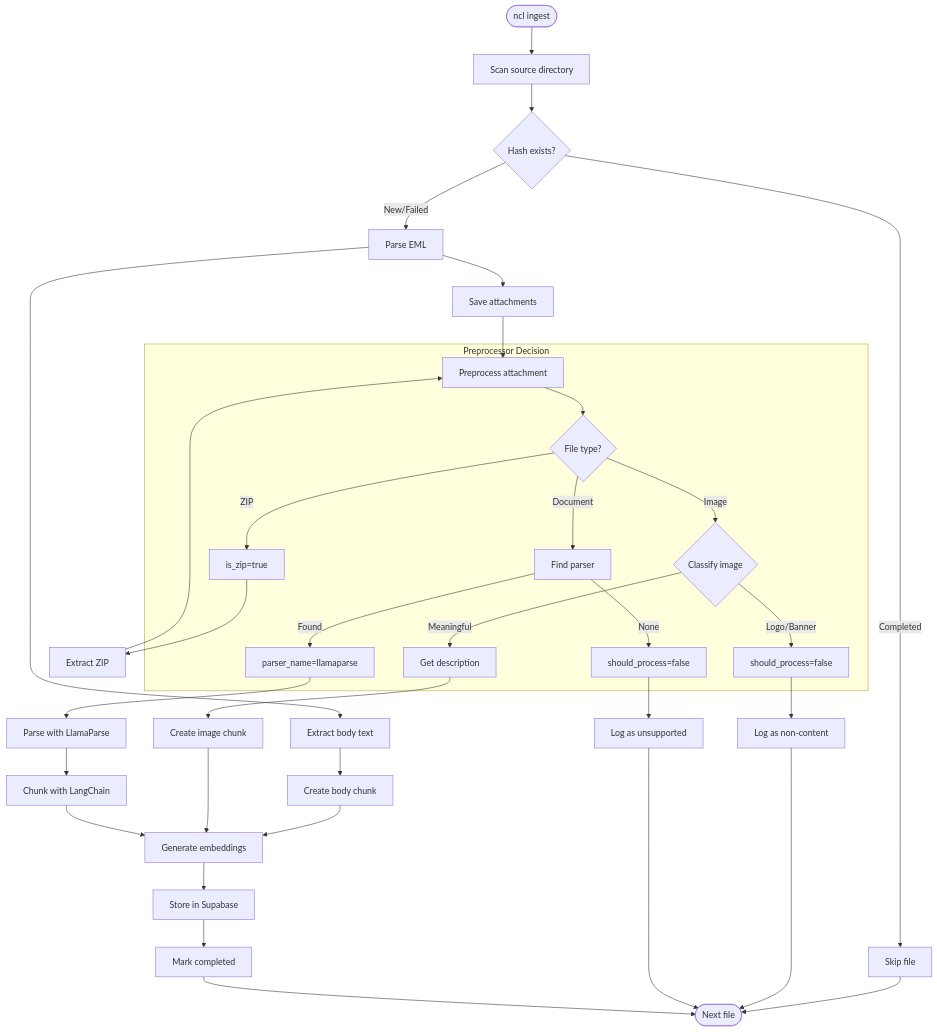
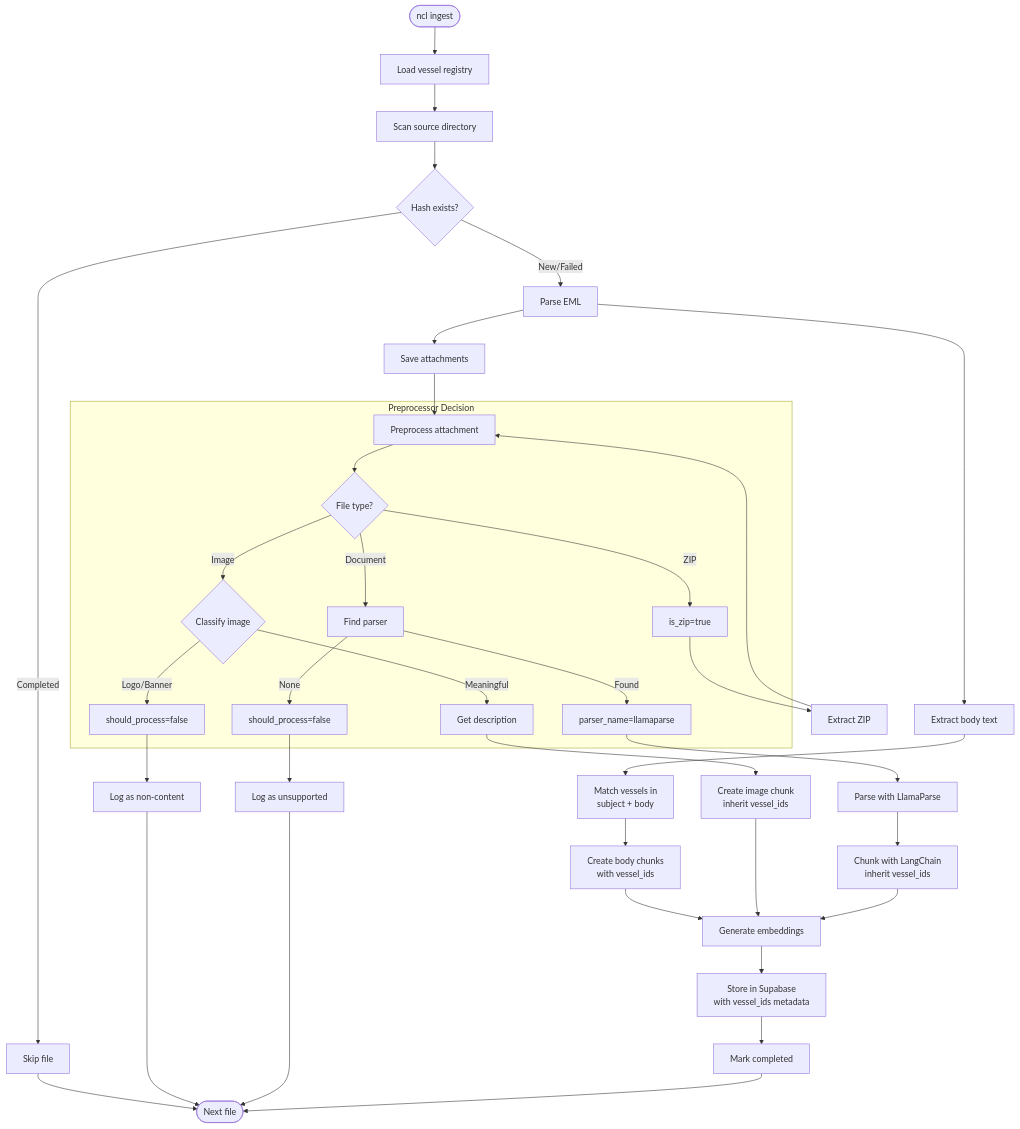
The second of 8 diagrams in docs/processing-flow.md (jwillmer/NCL), drawn with Mermaid before and after one commit. The commit also changed other lines of this file and 18 other files, not shown here.

````diff
--- a/docs/processing-flow.md
+++ b/docs/processing-flow.md
@@ -73,50 +73,52 @@
 ```mermaid
 flowchart TD
-    START([ncl ingest]) --> SCAN[Scan source directory]
+    START([ncl ingest]) --> LOAD_VESSELS[Load vessel registry]
+    LOAD_VESSELS --> SCAN[Scan source directory]
     SCAN --> HASH{Hash exists?}
 
     HASH --> |Completed| SKIP[Skip file]
     HASH --> |New/Failed| PARSE[Parse EML]
 
     PARSE --> BODY[Extract body text]
     PARSE --> ATTACH[Save attachments]
 
-    BODY --> CHUNK_BODY[Create body chunk]
+    BODY --> VESSEL_MATCH[Match vessels in<br/>subject + body]
+    VESSEL_MATCH --> CHUNK_BODY[Create body chunks<br/>with vessel_ids]
 
     ATTACH --> PREPROCESS[Preprocess attachment]
 
     subgraph Preprocessor["Preprocessor Decision"]
         PREPROCESS --> TYPE{File type?}
         TYPE --> |ZIP| IS_ZIP[is_zip=true]
         TYPE --> |Image| CLASSIFY{Classify image}
         TYPE --> |Document| FIND_PARSER[Find parser]
 
         CLASSIFY --> |Logo/Banner| SKIP_IMG[should_process=false]
         CLASSIFY --> |Meaningful| DESCRIBE[Get description]
 
         FIND_PARSER --> |Found| HAS_PARSER[parser_name=llamaparse]
         FIND_PARSER --> |None| NO_PARSER[should_process=false]
     end
 
     IS_ZIP --> EXTRACT[Extract ZIP]
     EXTRACT --> PREPROCESS
 
-    DESCRIBE --> CREATE_IMG_CHUNK[Create image chunk]
+    DESCRIBE --> CREATE_IMG_CHUNK[Create image chunk<br/>inherit vessel_ids]
     HAS_PARSER --> LLAMAPARSE[Parse with LlamaParse]
-    LLAMAPARSE --> CHUNK_DOC[Chunk with LangChain]
+    LLAMAPARSE --> CHUNK_DOC[Chunk with LangChain<br/>inherit vessel_ids]
 
     SKIP_IMG --> LOG_SKIP[Log as non-content]
     NO_PARSER --> LOG_UNSUP[Log as unsupported]
 
     CHUNK_BODY --> EMBED
     CREATE_IMG_CHUNK --> EMBED
     CHUNK_DOC --> EMBED
 
-    EMBED[Generate embeddings] --> STORE[Store in Supabase]
+    EMBED[Generate embeddings] --> STORE[Store in Supabase<br/>with vessel_ids metadata]
     STORE --> COMPLETE[Mark completed]
 
     SKIP --> END([Next file])
     LOG_SKIP --> END
     LOG_UNSUP --> END
     COMPLETE --> END
 ```
````
